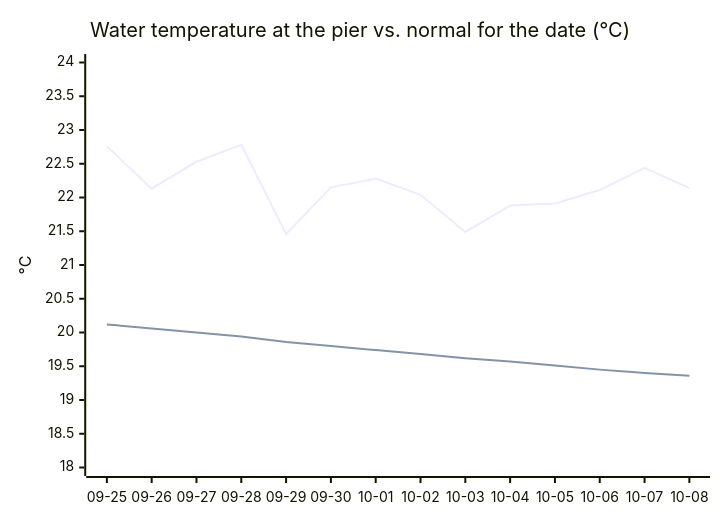
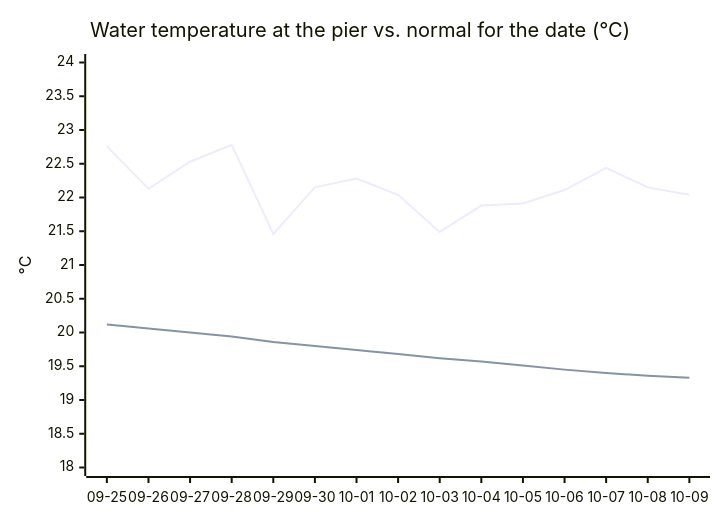
One commit to joshuafrommeyer-35/PierTracker changed the third of 3 diagrams in README.md. Above: the diagram before and after it, drawn with Mermaid. The commit also changed other lines of this file and 5 other files, not shown here.

````diff
--- a/README.md
+++ b/README.md
@@ -160,8 +160,8 @@
 ```mermaid
 xychart-beta
     title "Water temperature at the pier vs. normal for the date (°C)"
-    x-axis ["09-25", "09-26", "09-27", "09-28", "09-29", "09-30", "10-01", "10-02", "10-03", "10-04", "10-05", "10-06", "10-07", "10-08"]
+    x-axis ["09-25", "09-26", "09-27", "09-28", "09-29", "09-30", "10-01", "10-02", "10-03", "10-04", "10-05", "10-06", "10-07", "10-08", "10-09"]
     y-axis "°C" 18 --> 24
-    line [22.76, 22.13, 22.53, 22.78, 21.46, 22.15, 22.28, 22.04, 21.49, 21.88, 21.91, 22.11, 22.44, 22.14]
-    line [20.12, 20.06, 20.0, 19.94, 19.86, 19.8, 19.74, 19.68, 19.62, 19.57, 19.51, 19.45, 19.4, 19.36]
+    line [22.76, 22.13, 22.53, 22.78, 21.46, 22.15, 22.28, 22.04, 21.49, 21.88, 21.91, 22.11, 22.44, 22.15, 22.04]
+    line [20.12, 20.06, 20.0, 19.94, 19.86, 19.8, 19.74, 19.68, 19.62, 19.57, 19.51, 19.45, 19.4, 19.36, 19.33]
 ```
````
